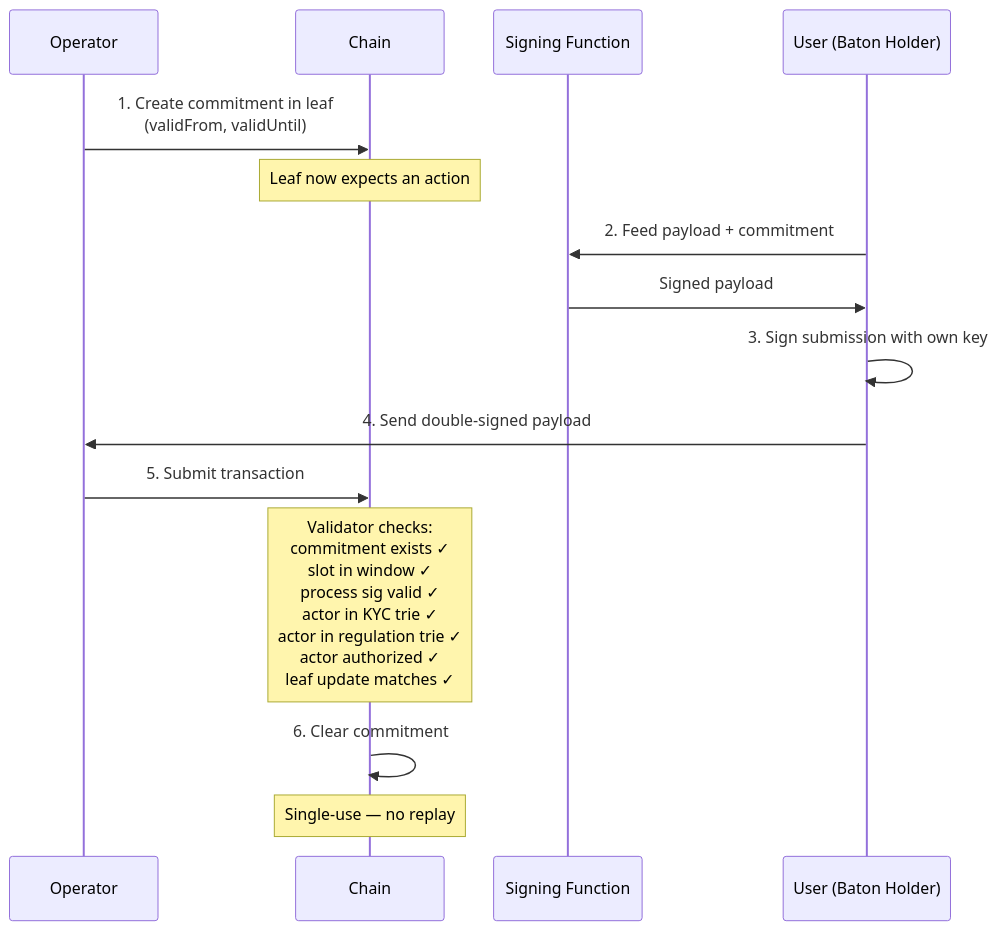
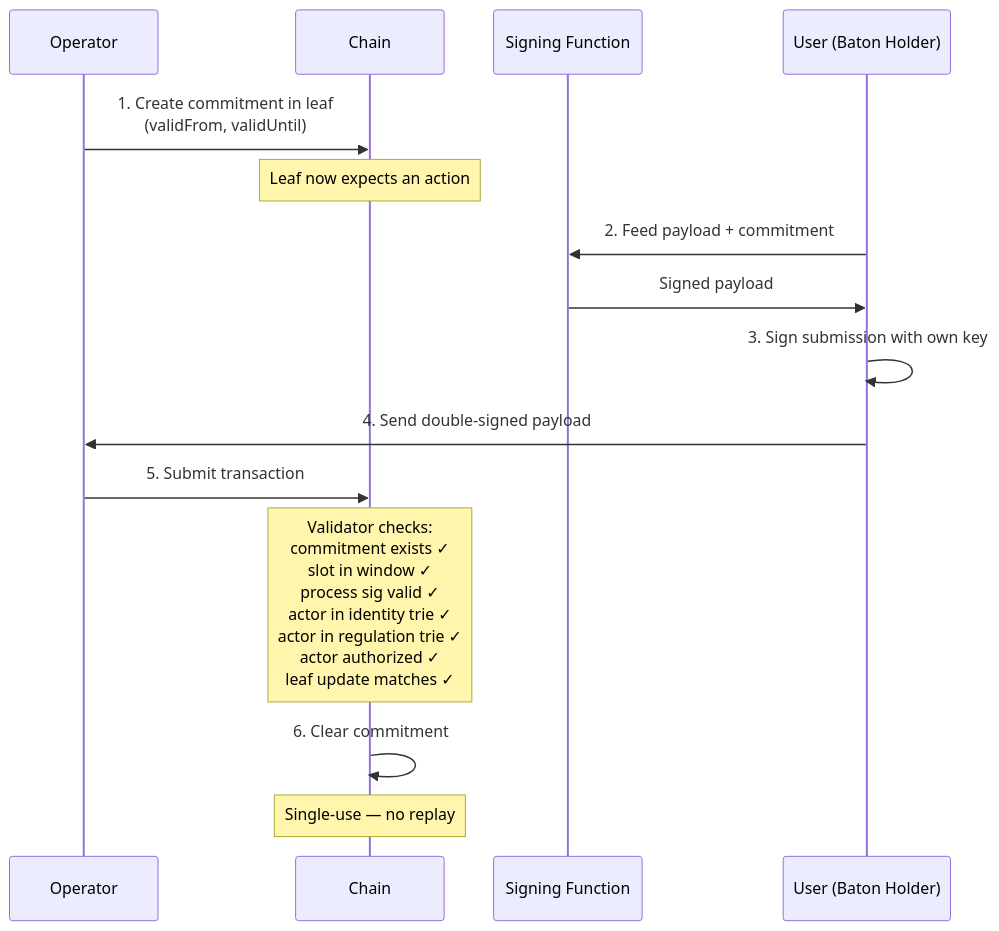
Diagram 14 of 19 in docs/framework/schema.md (lambdasistemi/cardano-for-regulators), drawn with Mermaid before and after one commit. The commit also changed other lines of this file and 1 other file, not shown here.

Commit message:
rename KYC provider to identity provider throughout

````diff
--- a/docs/framework/schema.md
+++ b/docs/framework/schema.md
@@ -510,24 +510,24 @@
 ```mermaid
 sequenceDiagram
     participant O as Operator
     participant C as Chain
     participant SF as Signing Function
     participant U as User (Baton Holder)
 
     O->>C: 1. Create commitment in leaf<br/>(validFrom, validUntil)
     Note over C: Leaf now expects an action
 
     U->>SF: 2. Feed payload + commitment
     SF->>U: Signed payload
 
     U->>U: 3. Sign submission with own key
 
     U->>O: 4. Send double-signed payload
 
     O->>C: 5. Submit transaction
 
-    Note over C: Validator checks:<br/>commitment exists ✓<br/>slot in window ✓<br/>process sig valid ✓<br/>actor in KYC trie ✓<br/>actor in regulation trie ✓<br/>actor authorized ✓<br/>leaf update matches ✓
+    Note over C: Validator checks:<br/>commitment exists ✓<br/>slot in window ✓<br/>process sig valid ✓<br/>actor in identity trie ✓<br/>actor in regulation trie ✓<br/>actor authorized ✓<br/>leaf update matches ✓
 
     C->>C: 6. Clear commitment
     Note over C: Single-use — no replay
 ```
````
